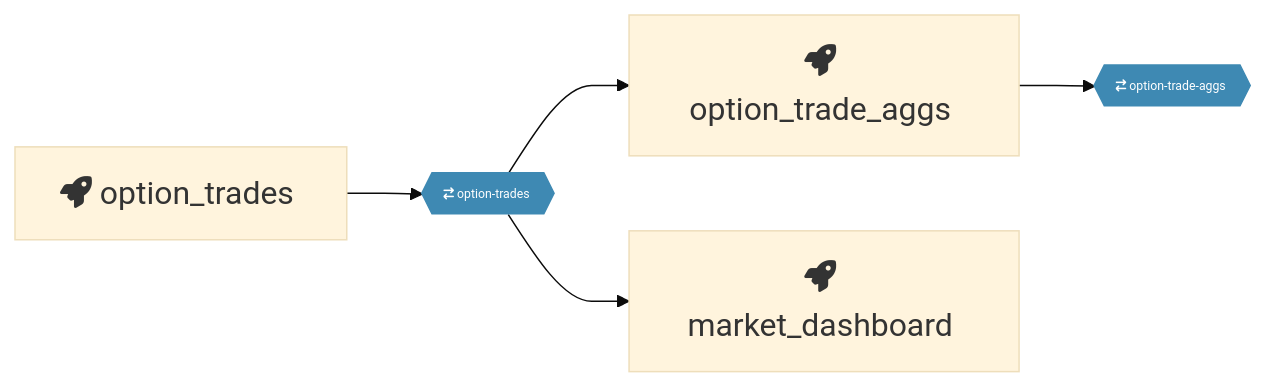
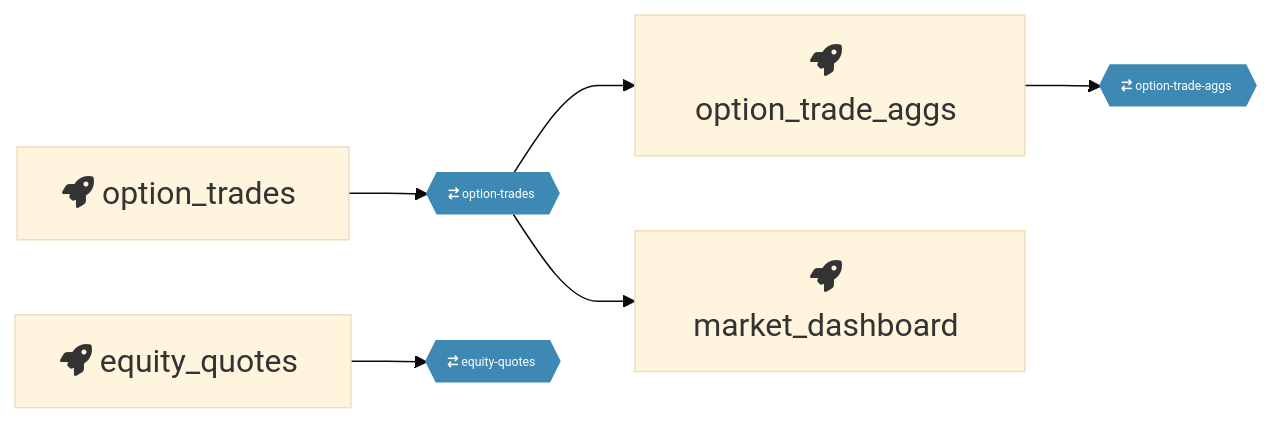
One commit to macanderson/ts-data-pipeline changed the diagram in pipeline.md. Above: the diagram before and after it, drawn with Mermaid (base theme). The commit also changed 2 other files, not shown here.

````diff
--- a/pipeline.md
+++ b/pipeline.md
@@ -1,15 +1,16 @@
 ```mermaid
 %%{ init: { 'flowchart': { 'curve': 'monotoneX' } } }%%
 graph LR;
 option_trades[fa:fa-rocket option_trades &#8205] --> option-trades{{ fa:fa-arrow-right-arrow-left option-trades &#8205}}:::topic;
 option-trades{{ fa:fa-arrow-right-arrow-left option-trades &#8205}}:::topic --> option_trade_aggs[fa:fa-rocket option_trade_aggs &#8205];
 option_trade_aggs[fa:fa-rocket option_trade_aggs &#8205] --> option-trade-aggs{{ fa:fa-arrow-right-arrow-left option-trade-aggs &#8205}}:::topic;
 option-trades{{ fa:fa-arrow-right-arrow-left option-trades &#8205}}:::topic --> market_dashboard[fa:fa-rocket market_dashboard &#8205];
+equity_quotes[fa:fa-rocket equity_quotes &#8205] --> equity-quotes{{ fa:fa-arrow-right-arrow-left equity-quotes &#8205}}:::topic;
 
 
 classDef default font-size:110%;
 classDef topic font-size:80%;
 classDef topic fill:#3E89B3;
 classDef topic stroke:#3E89B3;
 classDef topic color:white;
 ```
````
